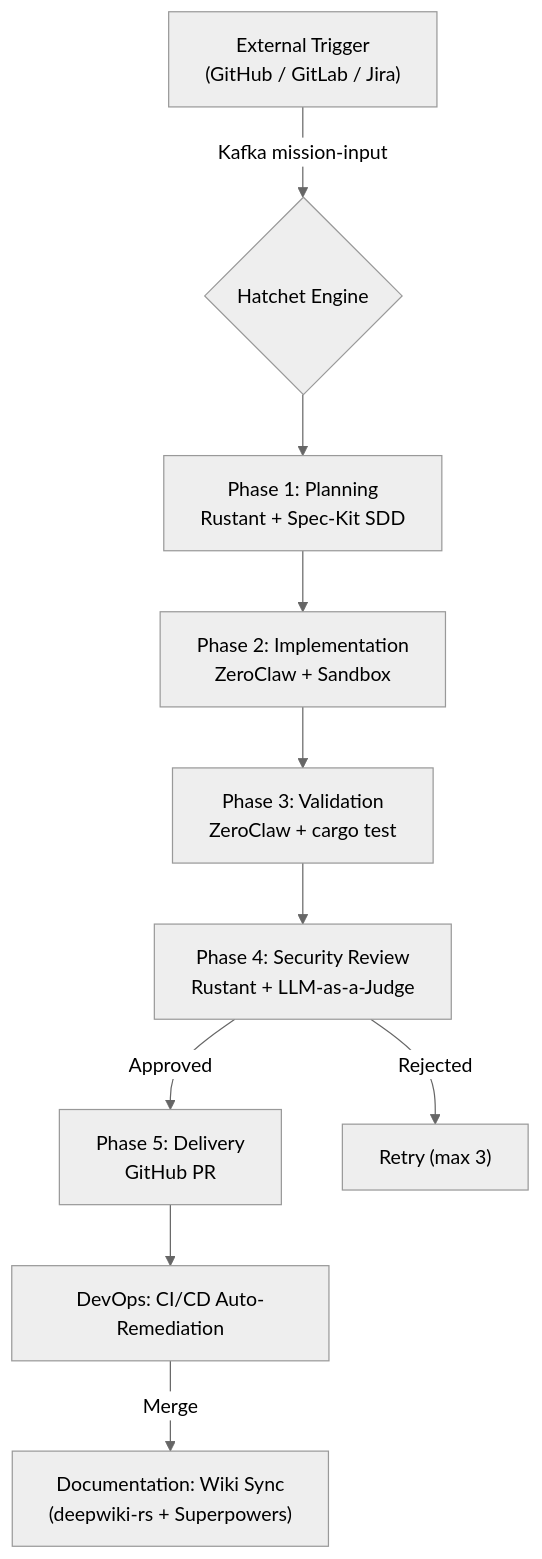
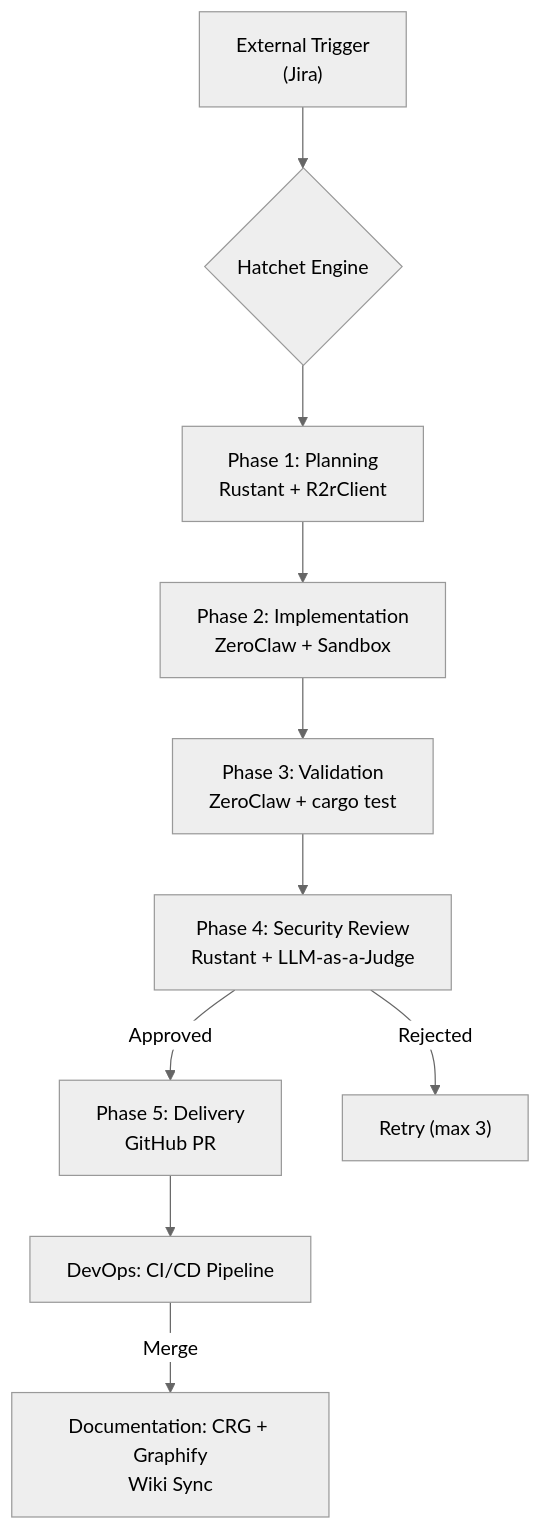
Before and after one commit to lgcorzo/rust_CACD_autonomous_factory: the diagram in wiki/BUSINESS-CONTEXT.md, drawn with Mermaid (neutral theme). The commit also changed other lines of this file and 21 other files, not shown here.

````diff
--- a/wiki/BUSINESS-CONTEXT.md
+++ b/wiki/BUSINESS-CONTEXT.md
@@ -35,12 +33,12 @@
 ```mermaid
 graph TD
-    A["External Trigger\n(GitHub / GitLab / Jira)"] -->|Kafka mission-input| B{Hatchet Engine}
-    B --> C["Phase 1: Planning\nRustant + Spec-Kit SDD"]
+    A["External Trigger\n(Jira)"] --> B{Hatchet Engine}
+    B --> C["Phase 1: Planning\nRustant + R2rClient"]
     C --> D["Phase 2: Implementation\nZeroClaw + Sandbox"]
     D --> E["Phase 3: Validation\nZeroClaw + cargo test"]
     E --> F["Phase 4: Security Review\nRustant + LLM-as-a-Judge"]
     F -->|Approved| G["Phase 5: Delivery\nGitHub PR"]
     F -->|Rejected| H["Retry (max 3)"]
-    G --> I["DevOps: CI/CD Auto-Remediation"]
-    I -->|Merge| J["Documentation: Wiki Sync\n(deepwiki-rs + Superpowers)"]
+    G --> I["DevOps: CI/CD Pipeline"]
+    I -->|Merge| J["Documentation: CRG + Graphify\nWiki Sync"]
 ```
````
